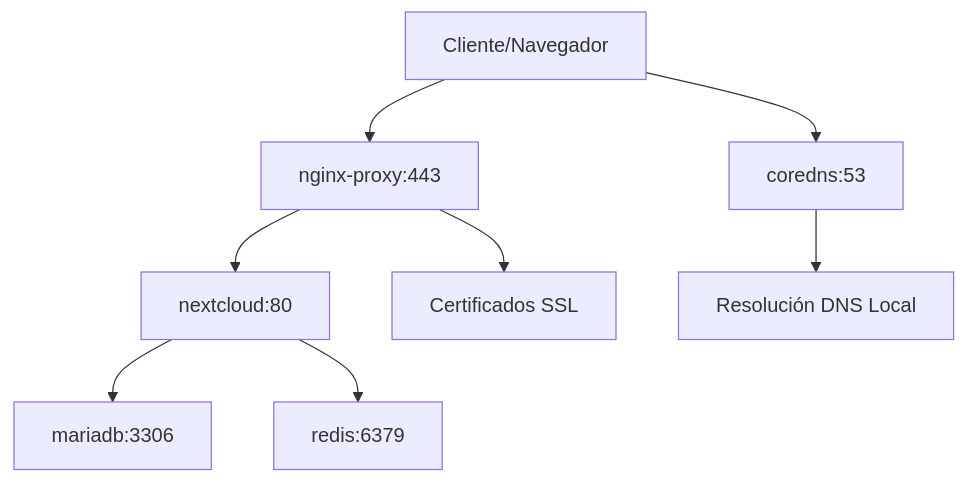
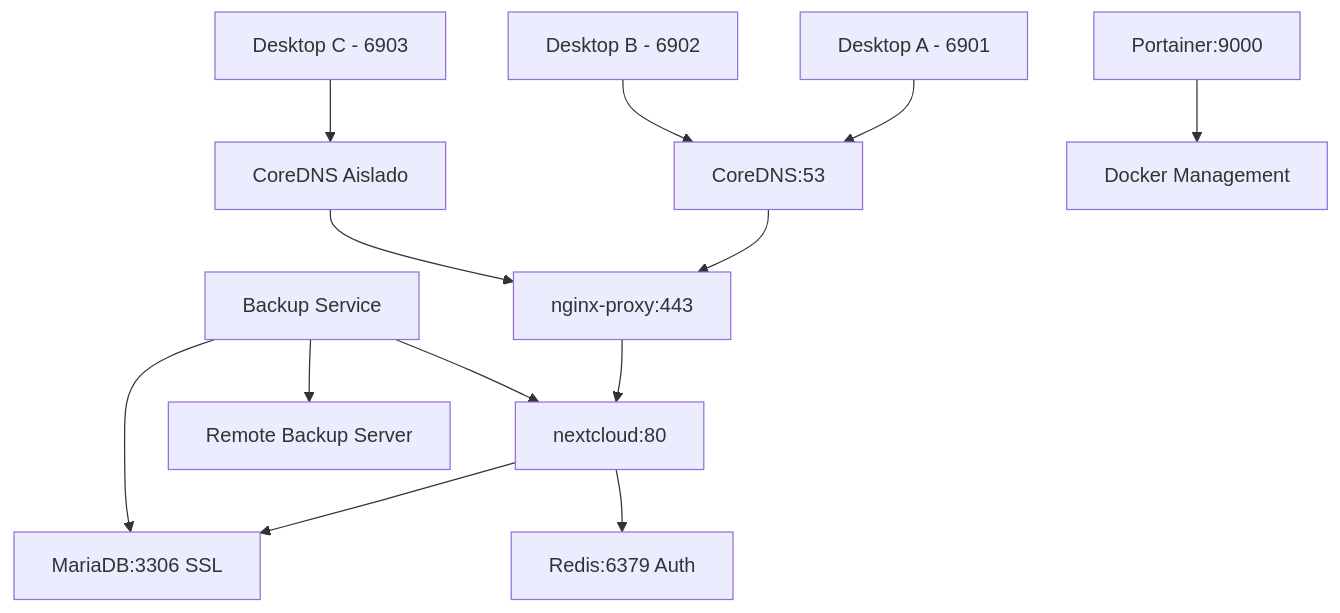
One commit to alex4uceda/admin_nextcloud changed the first of 2 diagrams in README.md. Above: the diagram before and after it, drawn with Mermaid. The commit also changed other lines of this file and 3 other files, not shown here.

````diff
--- a/README.md
+++ b/README.md
@@ -28,10 +28,15 @@
 ```mermaid
 graph TD
-    A[Cliente/Navegador] --> B[nginx-proxy:443]
-    B --> C[nextcloud:80]
-    C --> D[mariadb:3306]
-    C --> E[redis:6379]
-    A --> F[coredns:53]
-    F --> G[Resolución DNS Local]
-    B --> H[Certificados SSL]
+    A[Desktop A - 6901] --> F[CoreDNS:53]
+    B[Desktop B - 6902] --> F
+    C[Desktop C - 6903] --> G[CoreDNS Aislado]
+    F --> D[nginx-proxy:443]
+    G --> D
+    D --> E[nextcloud:80]
+    E --> H[MariaDB:3306 SSL]
+    E --> I[Redis:6379 Auth]
+    J[Portainer:9000] --> K[Docker Management]
+    L[Backup Service] --> H
+    L --> E
+    L --> M[Remote Backup Server]
 ```
````
